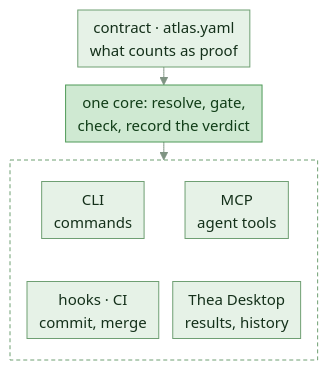
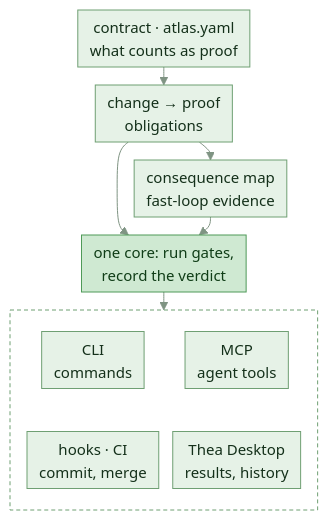
Before and after one commit to HLIntel/Headron: the diagram in README.md, drawn with Mermaid. The commit also changed other lines of this file and 5 other files, not shown here.

````diff
--- a/README.md
+++ b/README.md
@@ -47,30 +45,33 @@
 ```mermaid
 ---
 config:
   theme: base
   themeVariables:
     primaryColor: "#e6f2e7"
     primaryBorderColor: "#6f9f73"
     primaryTextColor: "#14301a"
     lineColor: "#7f9483"
     fontSize: "15px"
   flowchart:
     padding: 6
     nodeSpacing: 14
     rankSpacing: 18
 ---
 flowchart TB
   accTitle: How Thea is built
-  accDescr: the contract says what must be checked and what counts as proof, one core resolves the file, selects its gates, runs the checks and records the verdict, and the CLI, MCP, hooks with CI and the Thea Desktop all reach that one core
-  R[contract · atlas.yaml<br>what counts as proof] --> C[one core: resolve, gate,<br>check, record the verdict]
+  accDescr: a contract maps a change to proof obligations, a consequence map selects fast-loop evidence, and one core runs final gates and records the verdict; the CLI, MCP, hooks with CI and the Thea Desktop all reach that one core
+  R[contract · atlas.yaml<br>what counts as proof] --> O[change → proof<br>obligations]
+  O --> I[consequence map<br>fast-loop evidence]
+  O --> C[one core: run gates,<br>record the verdict]
+  I --> C
   C --> doors
   subgraph doors [ ]
     direction TB
     L[CLI<br>commands] ~~~ H[hooks · CI<br>commit, merge]
     P[MCP<br>agent tools] ~~~ B[Thea Desktop<br>results, history]
   end
   classDef core fill:#cfe9d2,stroke:#4f9a58,color:#103d17
   class C core
   classDef band fill:none,stroke:#6f9f73,stroke-dasharray:4 3
   class doors band
 ```
````
